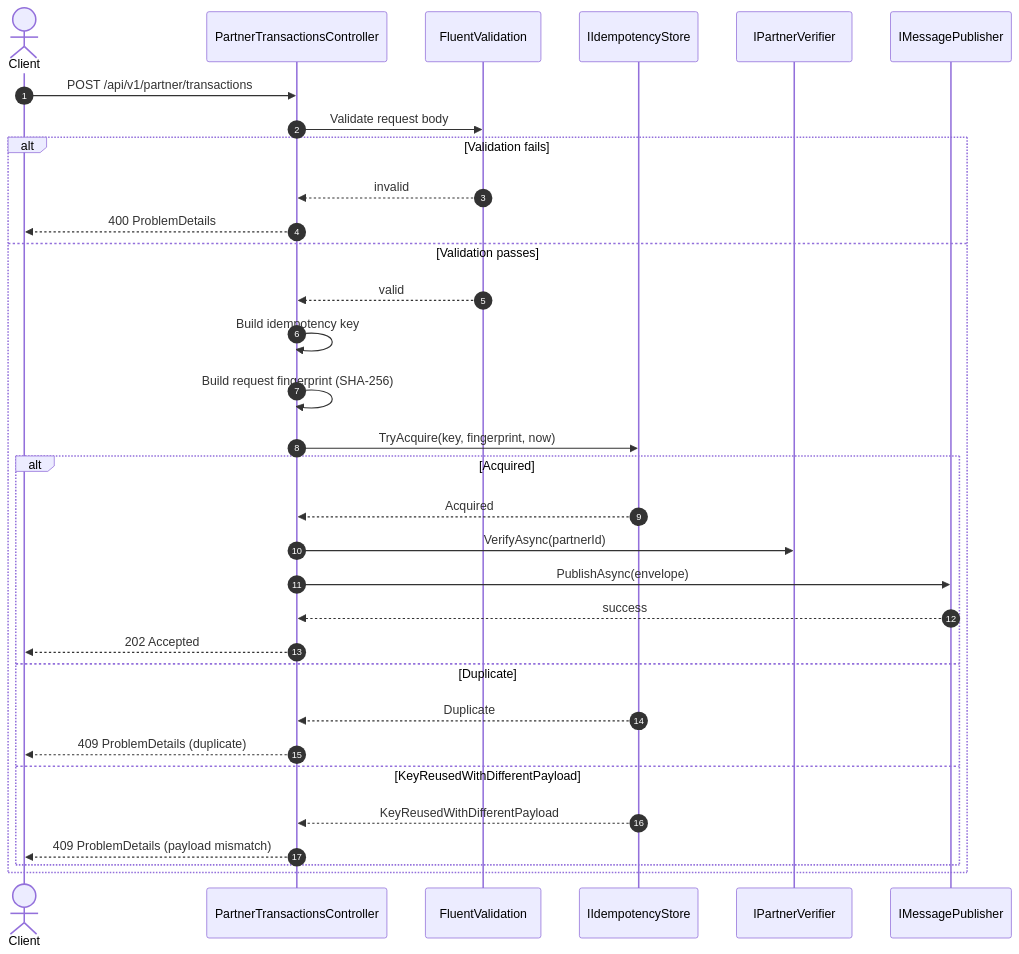
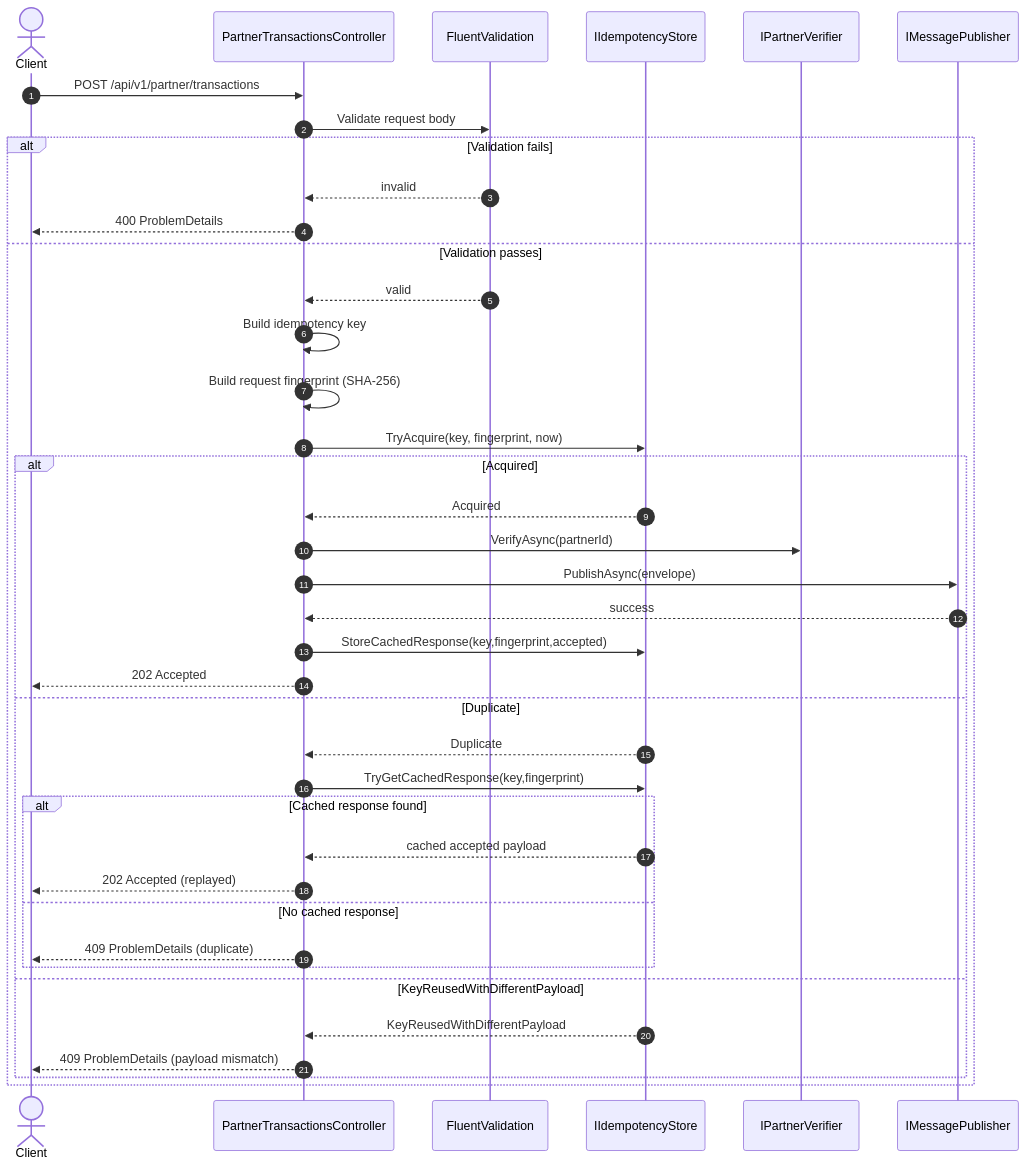
The diagram in docs/architecture_design/api_idempotency_flow_and_semantics.md (haudtech/transaction-validation), drawn with Mermaid before and after one commit. The commit also changed other lines of this file and 21 other files, not shown here.

````diff
--- a/docs/architecture_design/api_idempotency_flow_and_semantics.md
+++ b/docs/architecture_design/api_idempotency_flow_and_semantics.md
@@ -34,37 +34,44 @@
 ```mermaid
 sequenceDiagram
     autonumber
     actor Client
     participant API as PartnerTransactionsController
     participant Validator as FluentValidation
     participant Store as IIdempotencyStore
     participant Verifier as IPartnerVerifier
     participant Publisher as IMessagePublisher
 
     Client->>API: POST /api/v1/partner/transactions
     API->>Validator: Validate request body
 
     alt Validation fails
         Validator-->>API: invalid
         API-->>Client: 400 ProblemDetails
     else Validation passes
         Validator-->>API: valid
         API->>API: Build idempotency key
         API->>API: Build request fingerprint (SHA-256)
         API->>Store: TryAcquire(key, fingerprint, now)
 
         alt Acquired
             Store-->>API: Acquired
             API->>Verifier: VerifyAsync(partnerId)
             API->>Publisher: PublishAsync(envelope)
             Publisher-->>API: success
+            API->>Store: StoreCachedResponse(key,fingerprint,accepted)
             API-->>Client: 202 Accepted
         else Duplicate
             Store-->>API: Duplicate
-            API-->>Client: 409 ProblemDetails (duplicate)
+            API->>Store: TryGetCachedResponse(key,fingerprint)
+            alt Cached response found
+                Store-->>API: cached accepted payload
+                API-->>Client: 202 Accepted (replayed)
+            else No cached response
+                API-->>Client: 409 ProblemDetails (duplicate)
+            end
         else KeyReusedWithDifferentPayload
             Store-->>API: KeyReusedWithDifferentPayload
             API-->>Client: 409 ProblemDetails (payload mismatch)
         end
     end
 ```
````
